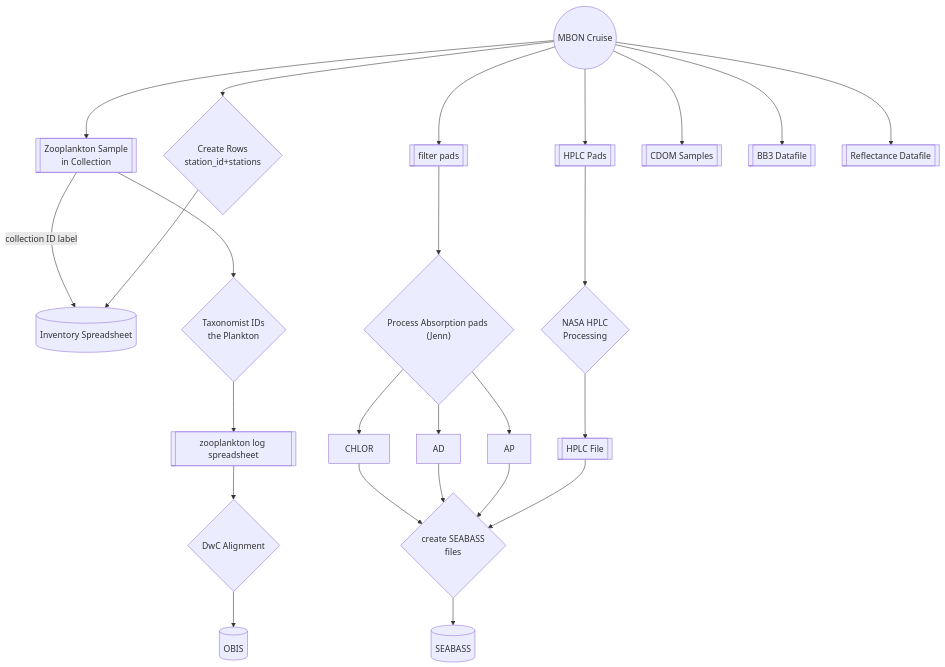
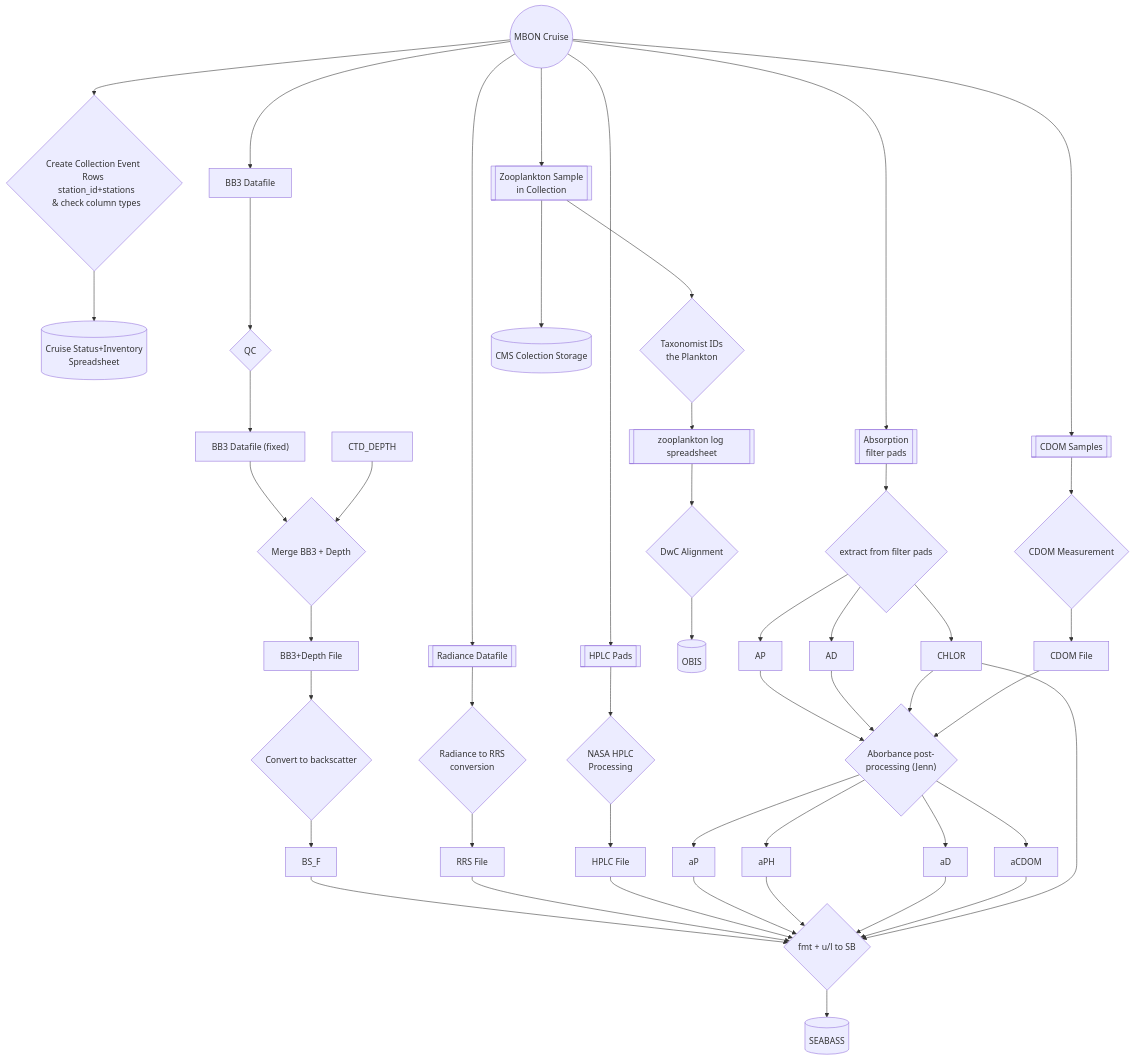
The diagram in raw_data_collection_event_types/MBON_cruises/README.md (USF-IMARS/data-docs), drawn with Mermaid before and after one commit.

Commit message:
expand w/ Sebastian & Digna

```diff
--- a/raw_data_collection_event_types/MBON_cruises/README.md
+++ b/raw_data_collection_event_types/MBON_cruises/README.md
@@ -34,45 +34,74 @@
 graph TD
 
 CRUISE((MBON Cruise)) 
-  --> ROWS{Create Rows \n station_id+stations}
-  --> INVENTORY[(Inventory Spreadsheet)]
+  --> ROWS{"
+  Create Collection Event Rows 
+  station_id+stations
+  & check column types
+  "}
+  --> INVENTORY[(Cruise Status+Inventory \n Spreadsheet)]
 
 %% === cruise outputs:
 CRUISE --> HPLC[[HPLC Pads]]
 CRUISE --> ZOO[[Zooplankton Sample \n in Collection]]
-CRUISE --> PADS[[filter pads]]
+CRUISE --> PADS[[Absorption \n filter pads]]
 CRUISE --> CDOM[[CDOM Samples]]
-CRUISE --> BB3[[BB3 Datafile]]
-CRUISE --> REFL[[Reflectance Datafile]]
+CRUISE --> BB3[BB3 Datafile]
+CRUISE --> RAD[[Radiance Datafile]]
+
+%% === BB3 Pipeline
+BB3 --> BB3_QC{"QC"}
+--> BB3_FIXED["BB3 Datafile (fixed)"]
+--> MERGE_BB3{Merge BB3 + Depth} 
+--> BB3_N_DEPTH["BB3+Depth File"]
+CTD_DEPTH --> MERGE_BB3
+
+BB3_N_DEPTH--> BB3_2_BS{"Convert to backscatter"}
+--> BS_F
+--> SB_FMT
+%% === reflectance pipeline
+RAD -->
+RAD_CONV{"Radiance to RRS \n conversion"}
+--> RRS_F["RRS File"]
+--> SB_FMT
 
 %% === HPLC pipeline
 HPLC --> NASA{NASA HPLC \n Processing}
-NASA --> HPLC_F[[HPLC File]]
-HPLC_F --> SB_FILE
-
+NASA --> HPLC_F[HPLC File]
+HPLC_F --> SB_FMT
+  --> SEABASS
 %% === list of database endpoints
 OBIS[(OBIS)]
 SEABASS[(SEABASS)]
 
 %% === zooplankton pipeline
-ZOO -- collection ID label --> INVENTORY
-
 ZOO --> TAXIZE{Taxonomist IDs \n the Plankton}
 TAXIZE --> ZOO_LOG[[zooplankton log spreadsheet]]
 ZOO_LOG --> DWC{DwC Alignment}
 DWC --> OBIS
+ZOO --> STORE[(CMS Colection Storage)]
 
-%% filter pad pipeline
-PADS --> PAD_P{"Process Absorption pads (Jenn)"}
-PAD_P --> AP
-PAD_P --> AD
-PAD_P --> CHLOR
+%% Absorption filter pad + CDOM pipeline
+PADS --> PAD_EXTRACT{extract from filter pads}
+PAD_EXTRACT --> AP
+PAD_EXTRACT --> AD
+PAD_EXTRACT --> CHLOR
 
-AP --> SB_FILE 
-AD --> SB_FILE 
-CHLOR --> SB_FILE
-SB_FILE{create SEABASS \n files}
-SB_FILE --> SEABASS
+AP --> PAD_P{"Aborbance post- \n processing (Jenn)"}
+AD --> PAD_P
+CHLOR -->PAD_P
+
+CDOM --> CDOM_MEASURE{CDOM Measurement}
+CDOM_MEASURE --> CDOM_F[CDOM File]
+--> PAD_P
+
+PAD_P --> aP --> SB_FMT{fmt + u/l to SB}
+PAD_P --> aPH --> SB_FMT
+PAD_P --> aD --> SB_FMT
+
+PAD_P --> aCDOM --> SB_FMT
+CHLOR --> SB_FMT
+
 
 %% things that need to go to SEABASS
 %%SPECTRA[[Absorption Pad Spectra]] --> SEABASS
```
